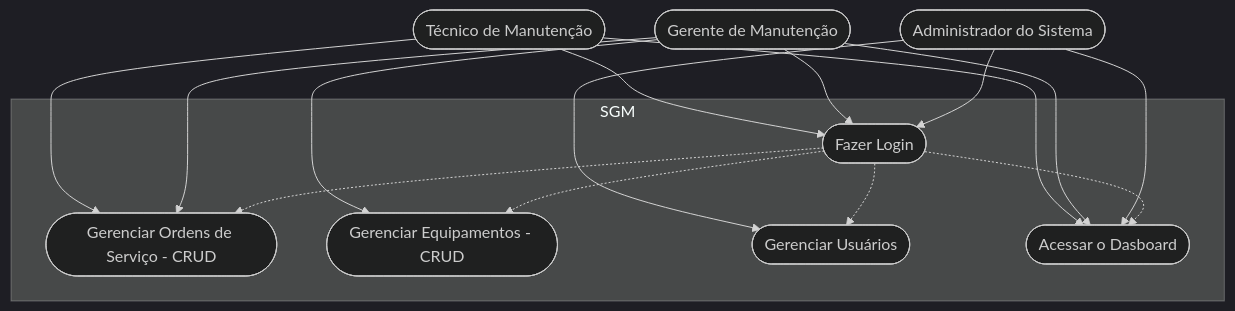
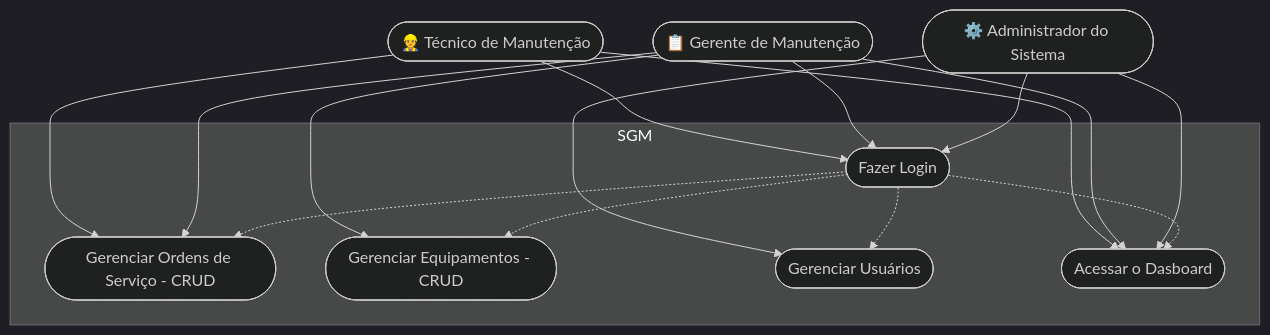
Before and after one commit to gleice3500/cursoFrontEndCastello: the second of 3 diagrams in FrameWorks/next/formativa-sgm/README.md, drawn with Mermaid (dark theme). The commit also changed other lines of this file and 15 other files, not shown here.

````diff
--- a/FrameWorks/next/formativa-sgm/README.md
+++ b/FrameWorks/next/formativa-sgm/README.md
@@ -112,36 +112,36 @@
 ```mermaid
 
 graph TD 
 
     subgraph "SGM"
         caso1([Fazer Login])
         caso2([Gerenciar Ordens de Serviço - CRUD])
         caso3([Gerenciar Equipamentos - CRUD])
         caso4([Gerenciar Usuários])
         caso5([Acessar o Dasboard])
     end
 
-    Tecnico([Técnico de Manutenção])
-    Gerente([Gerente de Manutenção])
-    Admin([Administrador do Sistema])
+    Tecnico([👷 Técnico de Manutenção])
+    Gerente([📋 Gerente de Manutenção])
+    Admin([⚙️ Administrador do Sistema])
 
     Tecnico --> caso1
     Tecnico --> caso2
     Tecnico --> caso5
 
     Gerente --> caso1
     Gerente --> caso2
     Gerente --> caso3
     Gerente --> caso5
 
     Admin --> caso1
     Admin --> caso4
     Admin --> caso5
 
 
     caso1 -.-> caso2
     caso1 -.-> caso3
     caso1 -.-> caso4
     caso1 -.-> caso5
 
 ```
````
